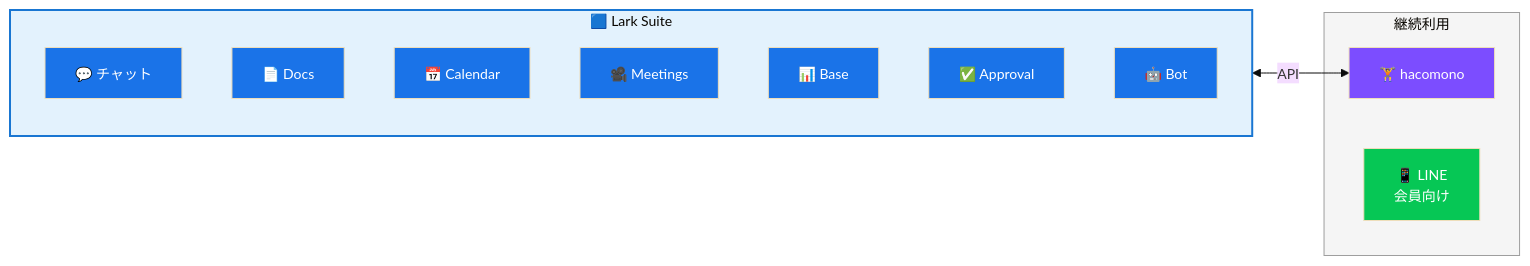
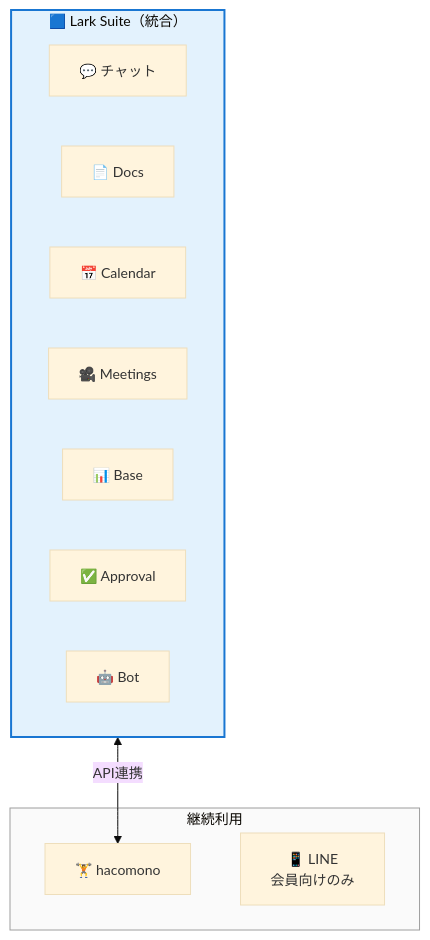
Before and after one commit to PLark-droid/lark-proposal: the fifth of 15 diagrams in docs/FITPLACE_LARK_PROPOSAL.md, drawn with Mermaid. The commit also changed other lines of this file, not shown here.

First line of the commit message:
docs: redesign Mermaid diagrams for A4 portrait layout

````diff
--- a/docs/FITPLACE_LARK_PROPOSAL.md
+++ b/docs/FITPLACE_LARK_PROPOSAL.md
@@ -148,33 +183,23 @@
 ```mermaid
-%%{init: {'theme': 'base', 'themeVariables': { 'fontSize': '14px'}}}%%
-flowchart LR
-    subgraph LARK["🟦 Lark Suite"]
-        direction TB
+%%{init: {'theme': 'base', 'themeVariables': {'fontSize': '14px'}}}%%
+flowchart TB
+    subgraph lark["🟦 Lark Suite（統合）"]
         L1["💬 チャット"]
         L2["📄 Docs"]
         L3["📅 Calendar"]
         L4["🎥 Meetings"]
         L5["📊 Base"]
         L6["✅ Approval"]
         L7["🤖 Bot"]
     end
 
-    subgraph KEEP["継続利用"]
+    subgraph keep["継続利用"]
         K1["🏋️ hacomono"]
-        K2["📱 LINE\n会員向け"]
+        K2["📱 LINE<br/>会員向けのみ"]
     end
 
-    LARK <--> |API| K1
+    lark <-->|API連携| K1
 
-    style LARK fill:#e3f2fd,stroke:#1976d2,stroke-width:2px
-    style KEEP fill:#f5f5f5,stroke:#9e9e9e
-    style L1 fill:#1a73e8,color:#fff
-    style L2 fill:#1a73e8,color:#fff
-    style L3 fill:#1a73e8,color:#fff
-    style L4 fill:#1a73e8,color:#fff
-    style L5 fill:#1a73e8,color:#fff
-    style L6 fill:#1a73e8,color:#fff
-    style L7 fill:#1a73e8,color:#fff
-    style K1 fill:#7c4dff,color:#fff
-    style K2 fill:#06c755,color:#fff
+    style lark fill:#e3f2fd,stroke:#1976d2,stroke-width:2px
+    style keep fill:#fafafa,stroke:#9e9e9e
 ```
````
